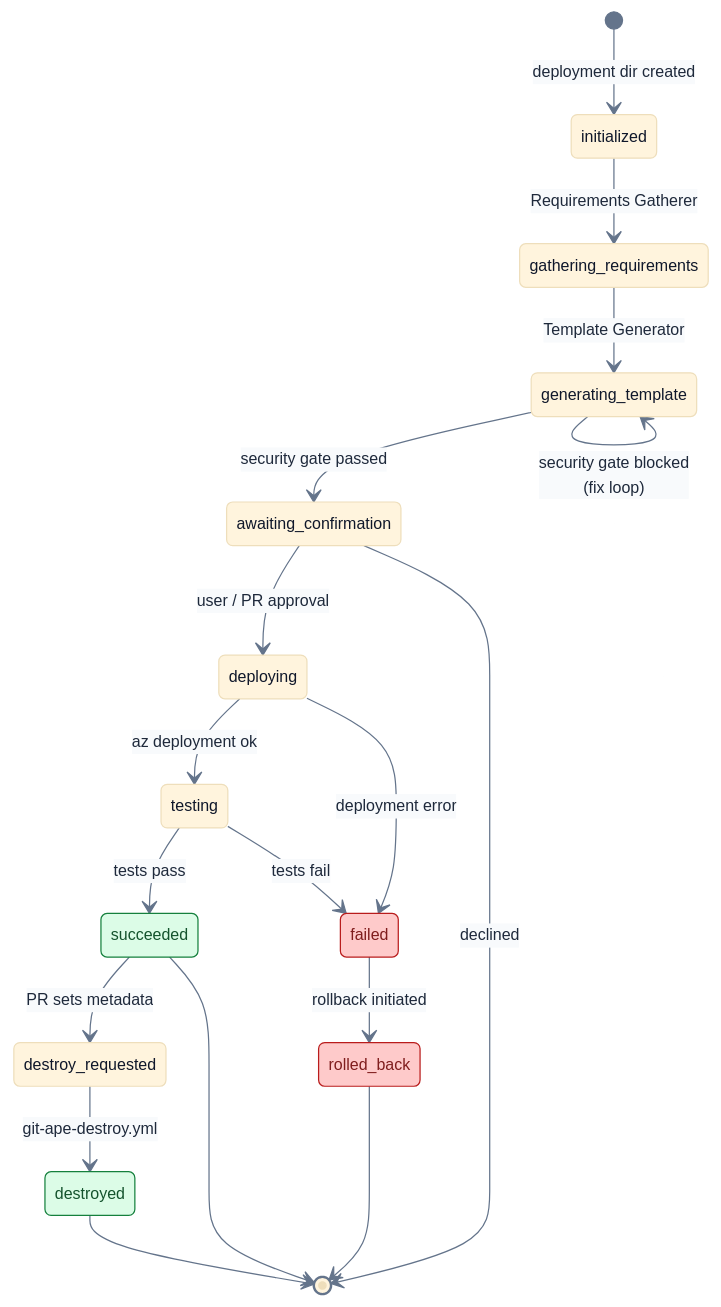
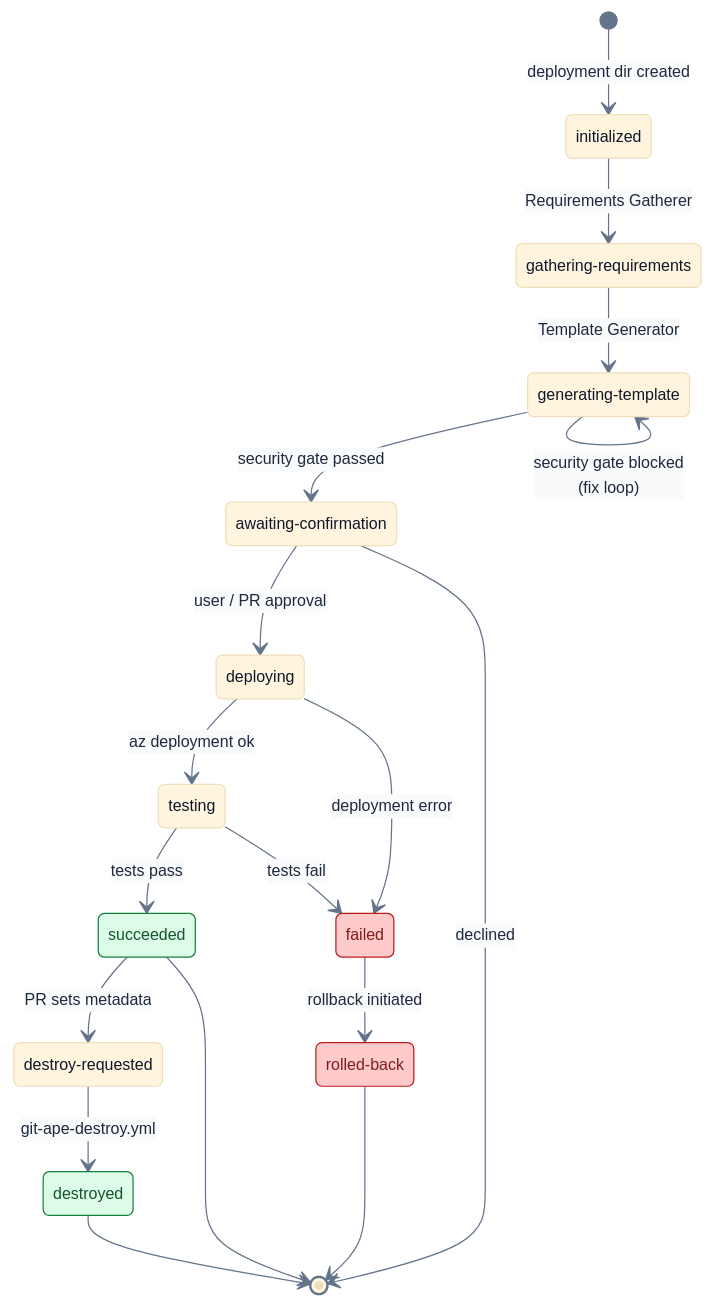
Before and after one commit to Azure/git-ape: the diagram in docs/DEPLOYMENT_STATE.md, drawn with Mermaid. The commit also changed other lines of this file, not shown here.

````diff
--- a/docs/DEPLOYMENT_STATE.md
+++ b/docs/DEPLOYMENT_STATE.md
@@ -22,26 +22,32 @@
 ```mermaid
 %%{init: {'theme':'base','themeVariables':{'fontSize':'13px','lineColor':'#64748b','textColor':'#1e293b','primaryTextColor':'#0f172a','edgeLabelBackground':'#f8fafc','tertiaryColor':'#f1f5f9'}}}%%
 stateDiagram-v2
+    state "gathering-requirements" as gatheringRequirements
+    state "generating-template" as generatingTemplate
+    state "awaiting-confirmation" as awaitingConfirmation
+    state "rolled-back" as rolledBack
+    state "destroy-requested" as destroyRequested
+
     [*] --> initialized: deployment dir created
-    initialized --> gathering_requirements: Requirements Gatherer
-    gathering_requirements --> generating_template: Template Generator
-    generating_template --> awaiting_confirmation: security gate passed
-    generating_template --> generating_template: security gate blocked<br/>(fix loop)
-    awaiting_confirmation --> deploying: user / PR approval
-    awaiting_confirmation --> [*]: declined
+    initialized --> gatheringRequirements: Requirements Gatherer
+    gatheringRequirements --> generatingTemplate: Template Generator
+    generatingTemplate --> awaitingConfirmation: security gate passed
+    generatingTemplate --> generatingTemplate: security gate blocked<br/>(fix loop)
+    awaitingConfirmation --> deploying: user / PR approval
+    awaitingConfirmation --> [*]: declined
     deploying --> testing: az deployment ok
     deploying --> failed: deployment error
     testing --> succeeded: tests pass
     testing --> failed: tests fail
-    failed --> rolled_back: rollback initiated
-    succeeded --> destroy_requested: PR sets metadata
-    destroy_requested --> destroyed: git-ape-destroy.yml
+    failed --> rolledBack: rollback initiated
+    succeeded --> destroyRequested: PR sets metadata
+    destroyRequested --> destroyed: git-ape-destroy.yml
     succeeded --> [*]
-    rolled_back --> [*]
+    rolledBack --> [*]
     destroyed --> [*]
 
     classDef terminal fill:#dcfce7,stroke:#15803d,color:#14532d
     classDef error fill:#fecaca,stroke:#b91c1c,color:#7f1d1d
     class succeeded,destroyed terminal
-    class failed,rolled_back error
+    class failed,rolledBack error
 ```
````
